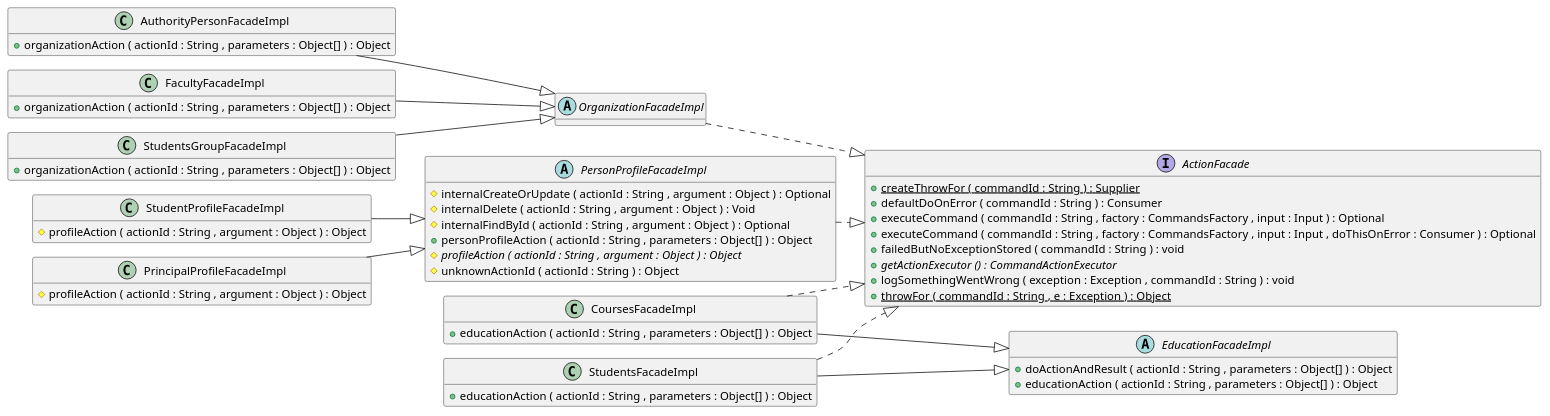
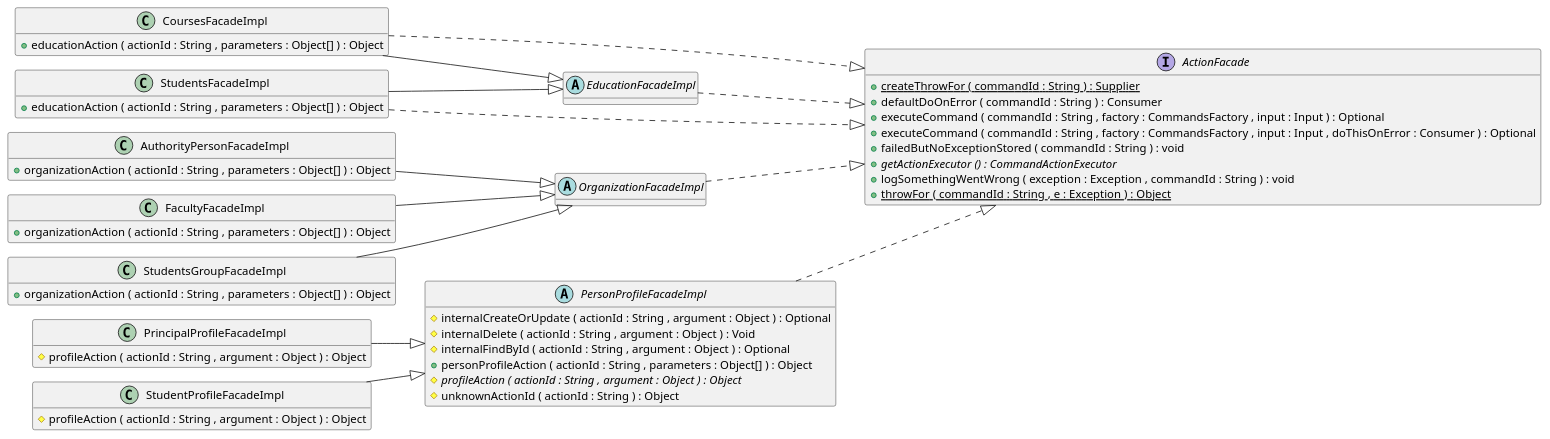
The diagram in business-logic/documentation/puml/class-diagrams/BusinessFacadesModel.puml (OlegSopilnyak/school-demo), drawn with PlantUML before and after one commit. The commit also changed 29 other files, not shown here.

```diff
--- a/business-logic/documentation/puml/class-diagrams/BusinessFacadesModel.puml
+++ b/business-logic/documentation/puml/class-diagrams/BusinessFacadesModel.puml
@@ -3,116 +3,113 @@
 @startuml
 !pragma layout smetana
 
 left to right direction
 
 
 interface ActionFacade {
 	{method}  {static} +createThrowFor ( commandId : String ) : Supplier
 	{method} +defaultDoOnError ( commandId : String ) : Consumer
 	{method} +executeCommand ( commandId : String , factory : CommandsFactory , input : Input ) : Optional
 	{method} +executeCommand ( commandId : String , factory : CommandsFactory , input : Input , doThisOnError : Consumer ) : Optional
 	{method} +failedButNoExceptionStored ( commandId : String ) : void
 	{method}  {abstract} +getActionExecutor () : CommandActionExecutor
 	{method} +logSomethingWentWrong ( exception : Exception , commandId : String ) : void
 	{method}  {static} +throwFor ( commandId : String , e : Exception ) : Object
 }
 
 
 class AuthorityPersonFacadeImpl {
 	{field} {static} -LOGIN_KEY : String
 	{field} {static} -PASSWORD_KEY : String
 	{field} {static} -log : Logger
 	{field} -toPayload : UnaryOperator
 	{method} +organizationAction ( actionId : String , parameters : Object[] ) : Object
 }
 
 
 class CoursesFacadeImpl {
 	{field} {static} +COURSE_ID_KEY : String
 	{field} {static} +STUDENT_ID_KEY : String
-	{field} -actionExecutor : CommandActionExecutor
-	{field} -factory : CommandsFactory
 	{field} {static} -log : Logger
 	{field} -toPayload : UnaryOperator
 	{method} +educationAction ( actionId : String , parameters : Object[] ) : Object
 }
 
 
 abstract class EducationFacadeImpl {
-	{method} +doActionAndResult ( actionId : String , parameters : Object[] ) : Object
-	{method} +educationAction ( actionId : String , parameters : Object[] ) : Object
+	{field} -actionExecutor : CommandActionExecutor
+	{field} #factory : CommandsFactory
 }
 
 
 class FacultyFacadeImpl {
 	{field} {static} -log : Logger
 	{field} -toPayload : UnaryOperator
 	{method} +organizationAction ( actionId : String , parameters : Object[] ) : Object
 }
 
 
 abstract class OrganizationFacadeImpl {
 	{field} -actionExecutor : CommandActionExecutor
 	{field} #factory : CommandsFactory
 }
 
 
 abstract class PersonProfileFacadeImpl {
 	{field} -actionExecutor : CommandActionExecutor
 	{field} -factory : CommandsFactory
 	{method} #internalCreateOrUpdate ( actionId : String , argument : Object ) : Optional
 	{method} #internalDelete ( actionId : String , argument : Object ) : Void
 	{method} #internalFindById ( actionId : String , argument : Object ) : Optional
 	{method} +personProfileAction ( actionId : String , parameters : Object[] ) : Object
 	{method}  {abstract} #profileAction ( actionId : String , argument : Object ) : Object
 	{method} #unknownActionId ( actionId : String ) : Object
 }
 
 
 class PrincipalProfileFacadeImpl {
 	{field} {static} -log : Logger
 	{field} -payloadOperator : UnaryOperator
 	{method} #profileAction ( actionId : String , argument : Object ) : Object
 }
 
 
 class StudentProfileFacadeImpl {
 	{field} {static} -log : Logger
 	{field} -payloadOperator : UnaryOperator
 	{method} #profileAction ( actionId : String , argument : Object ) : Object
 }
 
 
 class StudentsFacadeImpl {
-	{field} -actionExecutor : CommandActionExecutor
-	{field} -factory : CommandsFactory
 	{field} {static} -log : Logger
 	{field} -toPayload : UnaryOperator
 	{method} +educationAction ( actionId : String , parameters : Object[] ) : Object
 }
 
 
 class StudentsGroupFacadeImpl {
 	{field} {static} -log : Logger
 	{field} -toPayload : UnaryOperator
 	{method} +organizationAction ( actionId : String , parameters : Object[] ) : Object
 }
 
 
 
 
 AuthorityPersonFacadeImpl --|>  OrganizationFacadeImpl
 CoursesFacadeImpl --|>  EducationFacadeImpl
 CoursesFacadeImpl ..|>  ActionFacade
+EducationFacadeImpl ..|>  ActionFacade
 FacultyFacadeImpl --|>  OrganizationFacadeImpl
 OrganizationFacadeImpl ..|>  ActionFacade
 PersonProfileFacadeImpl ..|>  ActionFacade
 PrincipalProfileFacadeImpl --|>  PersonProfileFacadeImpl
 StudentProfileFacadeImpl --|>  PersonProfileFacadeImpl
 StudentsFacadeImpl --|>  EducationFacadeImpl
 StudentsFacadeImpl ..|>  ActionFacade
 StudentsGroupFacadeImpl --|>  OrganizationFacadeImpl
 
 hide fields
 
 @enduml
```
